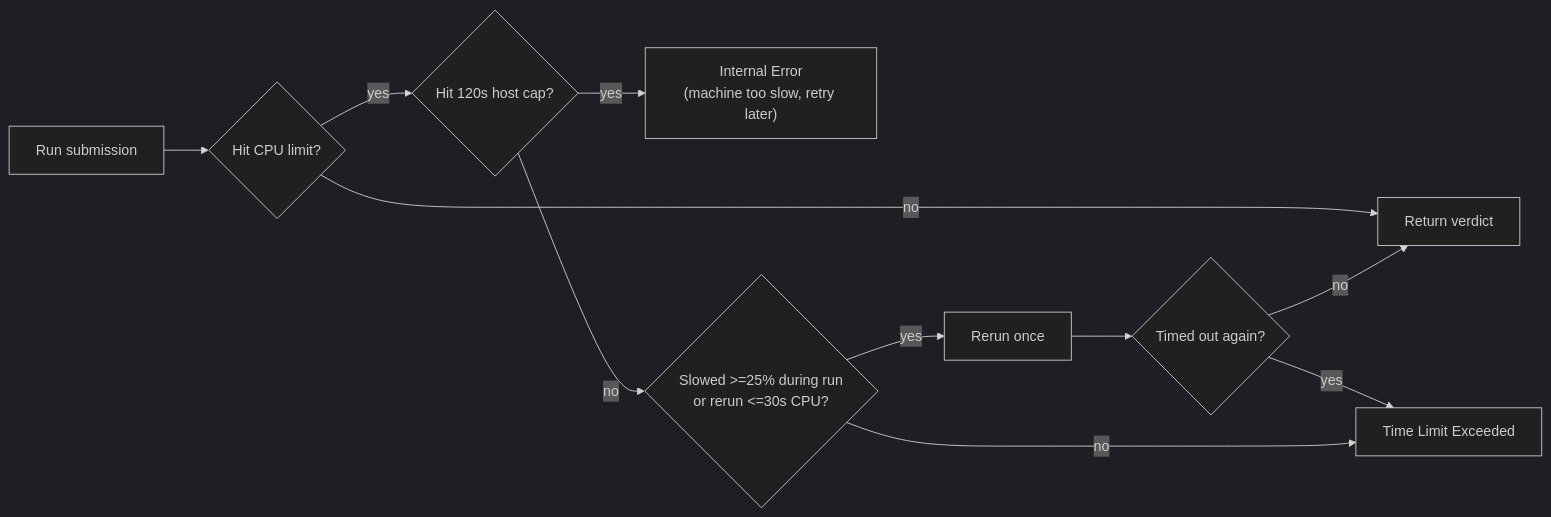
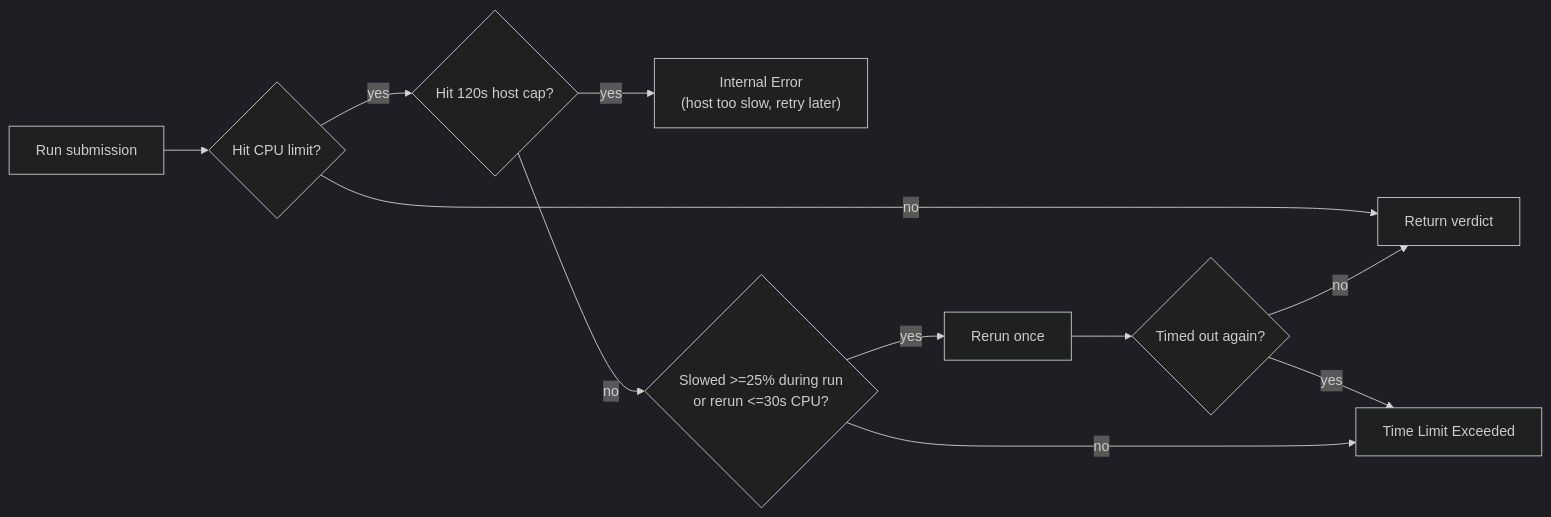
Before and after one commit to nsudhanva/openleet: the third of 4 diagrams in docs/architecture.md, drawn with Mermaid (dark theme). The commit also changed other lines of this file and 4 other files, not shown here.

````diff
--- a/docs/architecture.md
+++ b/docs/architecture.md
@@ -112,13 +93,13 @@
 ```mermaid
 flowchart LR
     R[Run submission] --> H{Hit CPU limit?}
     H -- no --> OK[Return verdict]
     H -- yes --> CAP{Hit 120s host cap?}
-    CAP -- yes --> IE["Internal Error<br/>(machine too slow, retry later)"]
+    CAP -- yes --> IE["Internal Error<br/>(host too slow, retry later)"]
     CAP -- no --> RETRY{"Slowed >=25% during run<br/>or rerun <=30s CPU?"}
     RETRY -- yes --> R2[Rerun once]
     R2 --> TLE{Timed out again?}
     TLE -- yes --> T[Time Limit Exceeded]
     TLE -- no --> OK
     RETRY -- no --> T
 ```
````
